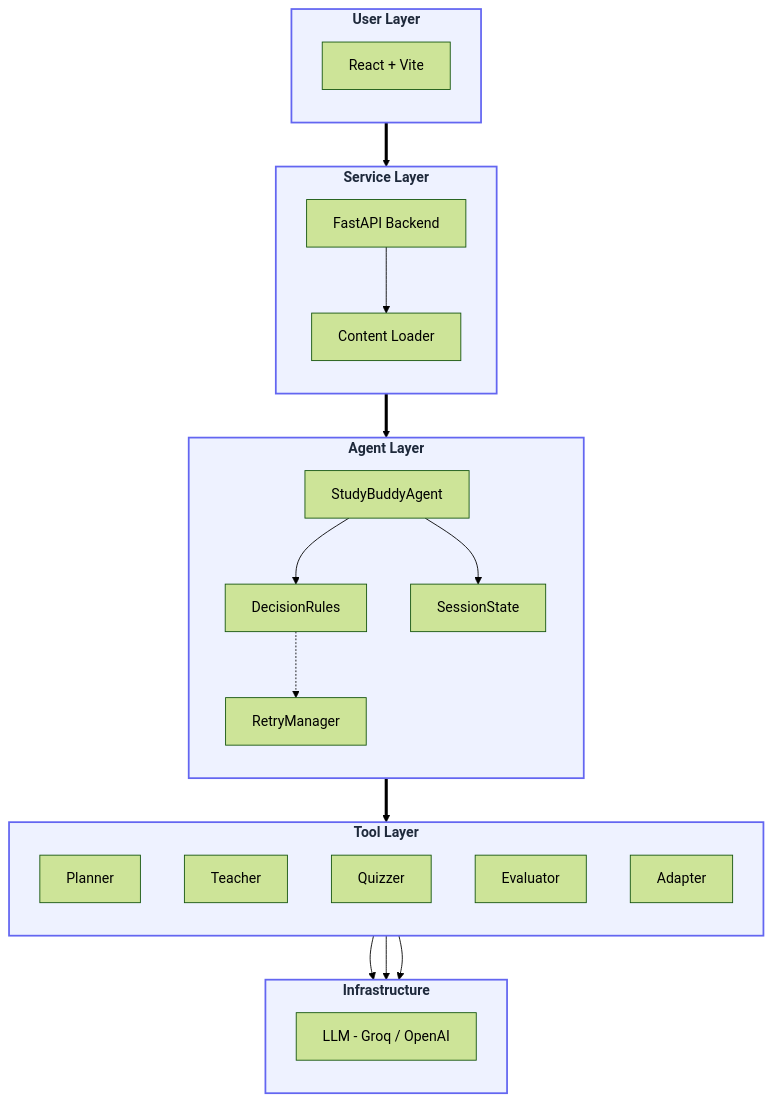
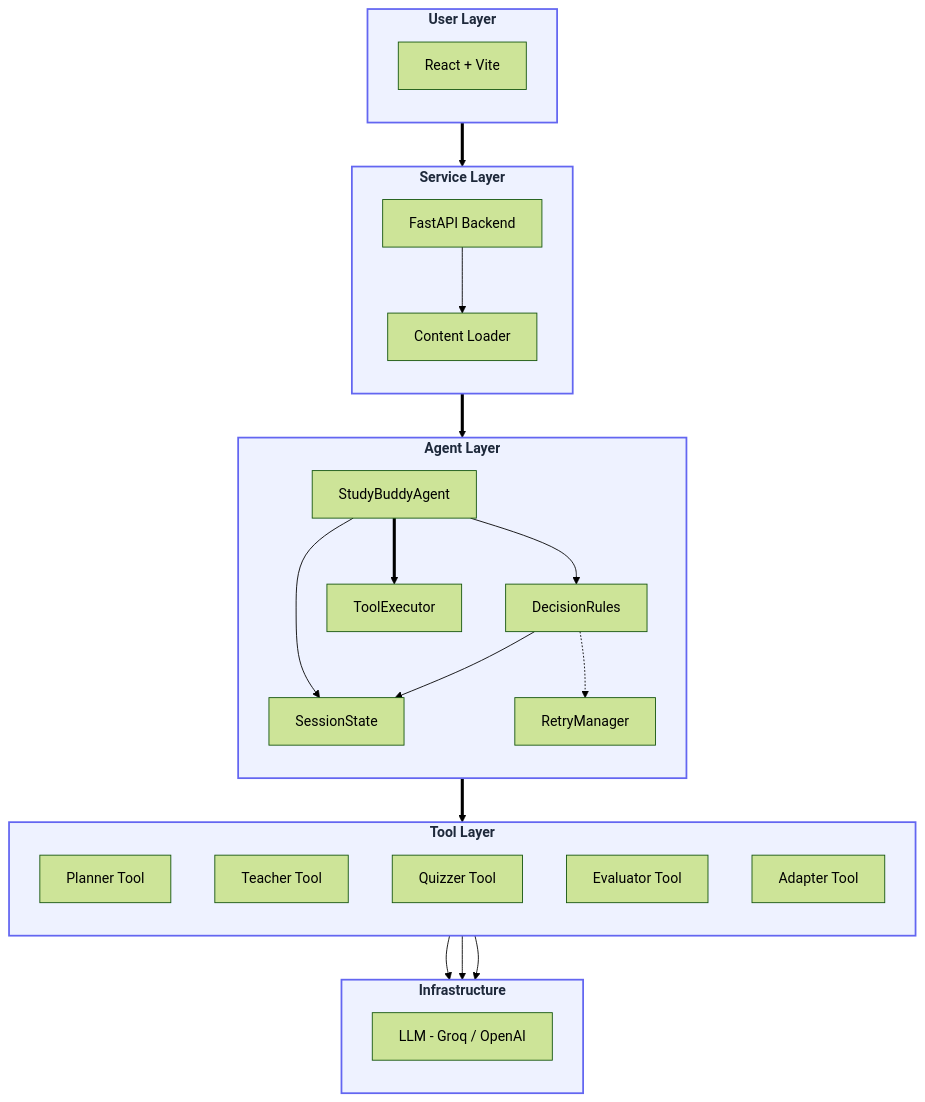
One commit to ebinzacharias/ez-agentic-study-buddy changed the second of 3 diagrams in ARCHITECTURE.md. Above: the diagram before and after it, drawn with Mermaid (forest theme). The commit also changed 1 other file, not shown here.

Commit message:
updates for the architecture diagram

````diff
--- a/ARCHITECTURE.md
+++ b/ARCHITECTURE.md
@@ -125,50 +125,53 @@
 ```mermaid
 flowchart TD
     classDef layer fill:#EEF2FF,stroke:#6366F1,stroke-width:2px,color:#1E293B,font-weight:bold
 
     subgraph UserLayer[User Layer]
         direction TB
         Browser[React + Vite]
     end
 
     subgraph ServiceLayer[Service Layer]
         direction TB
         API[FastAPI Backend]
         CL[Content Loader]
     end
 
     subgraph AgentLayer[Agent Layer]
         direction TB
         SA[StudyBuddyAgent]
+        TE[ToolExecutor]
         DR[DecisionRules]
         RM[RetryManager]
         SM[SessionState]
     end
 
     subgraph ToolLayer[Tool Layer]
         direction TB
-        PT[Planner]
-        TT[Teacher]
-        QT[Quizzer]
-        ET[Evaluator]
-        AT[Adapter]
+        PT[Planner Tool]
+        TT[Teacher Tool]
+        QT[Quizzer Tool]
+        ET[Evaluator Tool]
+        AT[Adapter Tool]
     end
 
     subgraph InfraLayer[Infrastructure]
         direction TB
         LLM[LLM - Groq / OpenAI]
     end
 
     Browser ==> API
     API --> CL
     API ==> SA
     SA --> DR
     SA --> SM
+    DR --> SM
     DR -.-> RM
-    SA ==> ToolLayer
+    SA ==> TE
+    TE ==> ToolLayer
     PT --> LLM
     TT --> LLM
     QT --> LLM
 
     class UserLayer,ServiceLayer,AgentLayer,ToolLayer,InfraLayer layer
 ```
````
